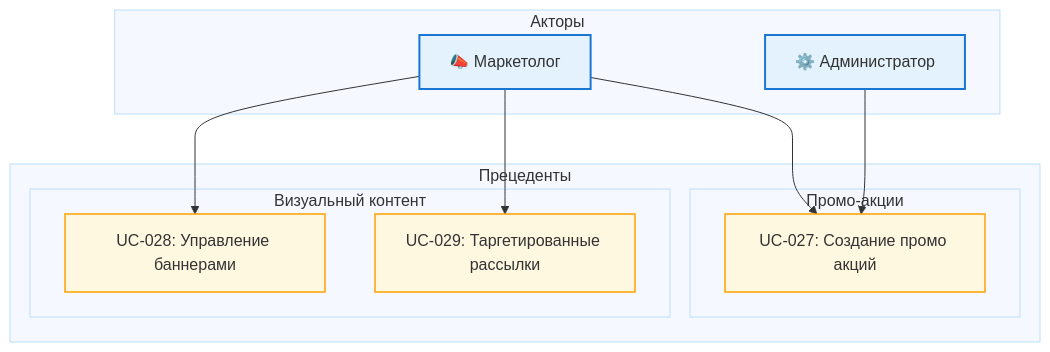
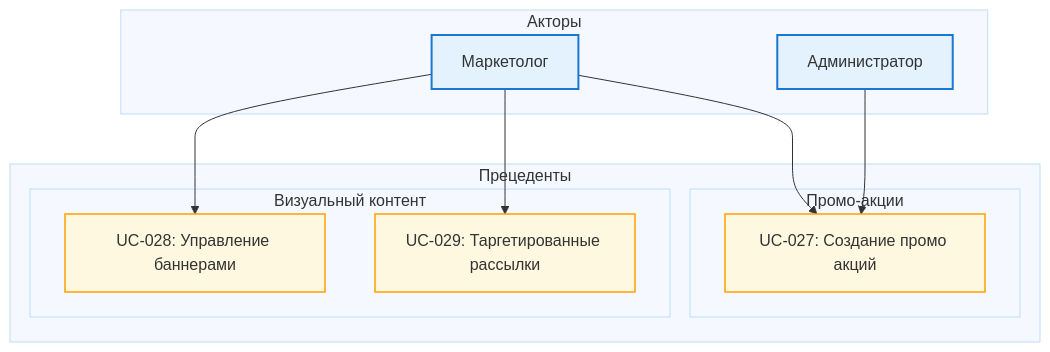
Before and after one commit to nnd2023/marketplace-project: the diagram in Диаграммы прецендентов/Диаграмма Маркетинга.md, drawn with Mermaid.

Commit message:
docs: Adding text

````diff
--- a/Диаграммы прецендентов/Диаграмма Маркетинга.md
+++ b/Диаграммы прецендентов/Диаграмма Маркетинга.md
@@ -3,32 +3,32 @@
 ```mermaid
 flowchart TB
     subgraph Actors["Акторы"]
-        A10["📣 Маркетолог"]
-        A14["⚙️ Администратор"]
+        A10["Маркетолог"]
+        A14["Администратор"]
     end
     
     subgraph UC["Прецеденты"]
         subgraph C1["Промо-акции"]
             UC027["UC-027: Создание промо акций"]
         end
         
         subgraph C2["Визуальный контент"]
             UC028["UC-028: Управление баннерами"]
             UC029["UC-029: Таргетированные рассылки"]
         end
     end
     
     A10 --> UC027
     A10 --> UC028
     A10 --> UC029
     
     A14 --> UC027
     
     classDef actor fill:#e3f2fd,stroke:#1976d2,stroke-width:2px
     classDef group fill:#f5f9ff,stroke:#bbdefb
     classDef usecase fill:#fff8e1,stroke:#ffa000,stroke-width:1.5px
     
     class Actors,UC,C1,C2 group
     class A10,A14 actor
     class UC027,UC028,UC029 usecase
 ```
````
